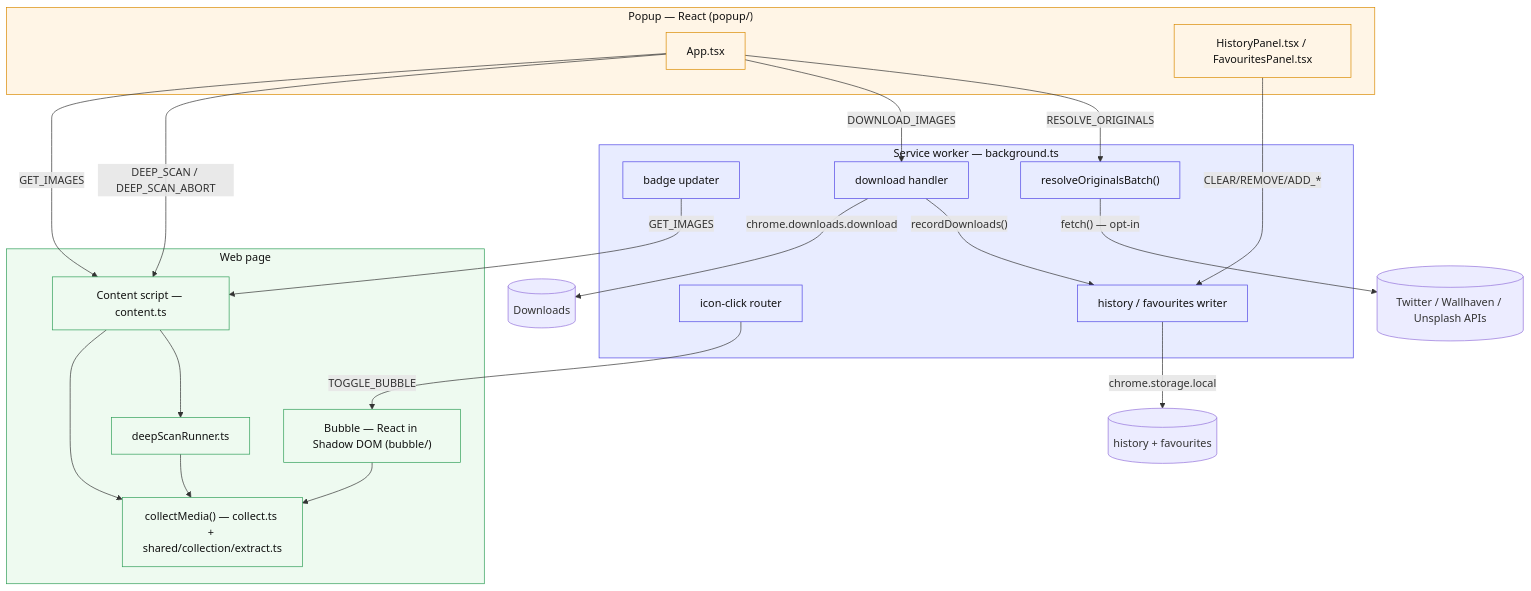
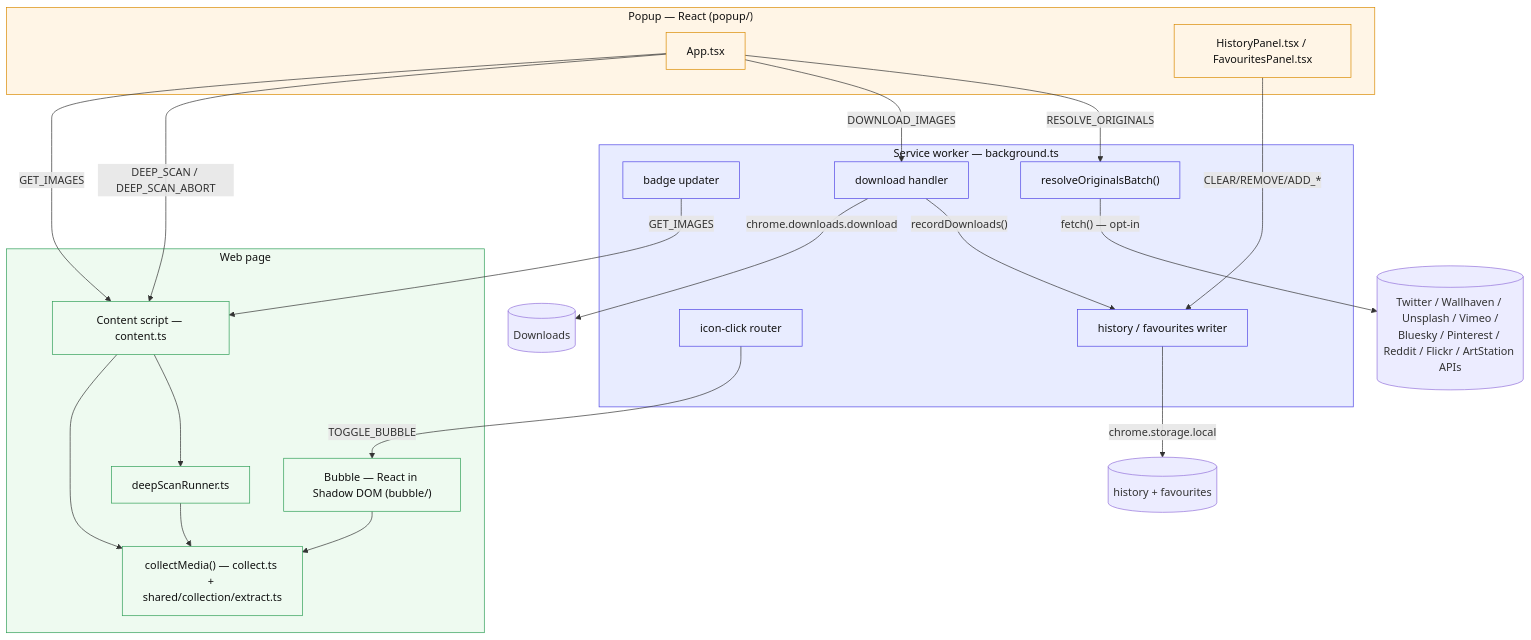
Before and after one commit to mralaminahamed/media-bulk-downloads: the diagram in docs/guides/architecture.md, drawn with Mermaid. The commit also changed other lines of this file and 14 other files, not shown here.

````diff
--- a/docs/guides/architecture.md
+++ b/docs/guides/architecture.md
@@ -9,45 +9,45 @@
 ```mermaid
 flowchart TB
   subgraph SW["Service worker — background.ts"]
     BADGE["badge updater"]
     DL["download handler"]
     ICON["icon-click router"]
     HIST["history / favourites writer"]
     RES["resolveOriginalsBatch()"]
   end
 
   subgraph POP["Popup — React (popup/)"]
     APP1["App.tsx"]
     HP["HistoryPanel.tsx / FavouritesPanel.tsx"]
   end
 
   subgraph PAGE["Web page"]
     CS["Content script — content.ts"]
     COL["collectMedia() — collect.ts + shared/collection/extract.ts"]
     DS["deepScanRunner.ts"]
     BUB["Bubble — React in Shadow DOM (bubble/)"]
   end
 
   APP1 -- GET_IMAGES --> CS
   APP1 -- DEEP_SCAN / DEEP_SCAN_ABORT --> CS
   APP1 -- DOWNLOAD_IMAGES --> DL
   APP1 -- RESOLVE_ORIGINALS --> RES
   HP -- "CLEAR/REMOVE/ADD_*" --> HIST
   CS --> COL
   CS --> DS
   DS --> COL
   ICON -- TOGGLE_BUBBLE --> BUB
   BUB --> COL
   BADGE -- GET_IMAGES --> CS
   DL -- chrome.downloads.download --> DISK[("Downloads")]
   DL -- recordDownloads() --> HIST
   HIST -- chrome.storage.local --> STORE[("history + favourites")]
-  RES -- "fetch() — opt-in" --> EXT[("Twitter / Wallhaven / Unsplash APIs")]
+  RES -- "fetch() — opt-in" --> EXT[("Twitter / Wallhaven / Unsplash / Vimeo /<br/>Bluesky / Pinterest / Reddit / Flickr / ArtStation APIs")]
 
   classDef sw fill:#e8ecff,stroke:#4f46e5,color:#111;
   classDef pop fill:#fff5e6,stroke:#d98a00,color:#111;
   classDef page fill:#eefaf0,stroke:#2f9e57,color:#111;
   class SW,BADGE,DL,ICON,HIST,RES sw;
   class POP,APP1,HP pop;
   class PAGE,CS,COL,DS,BUB page;
 ```
````
